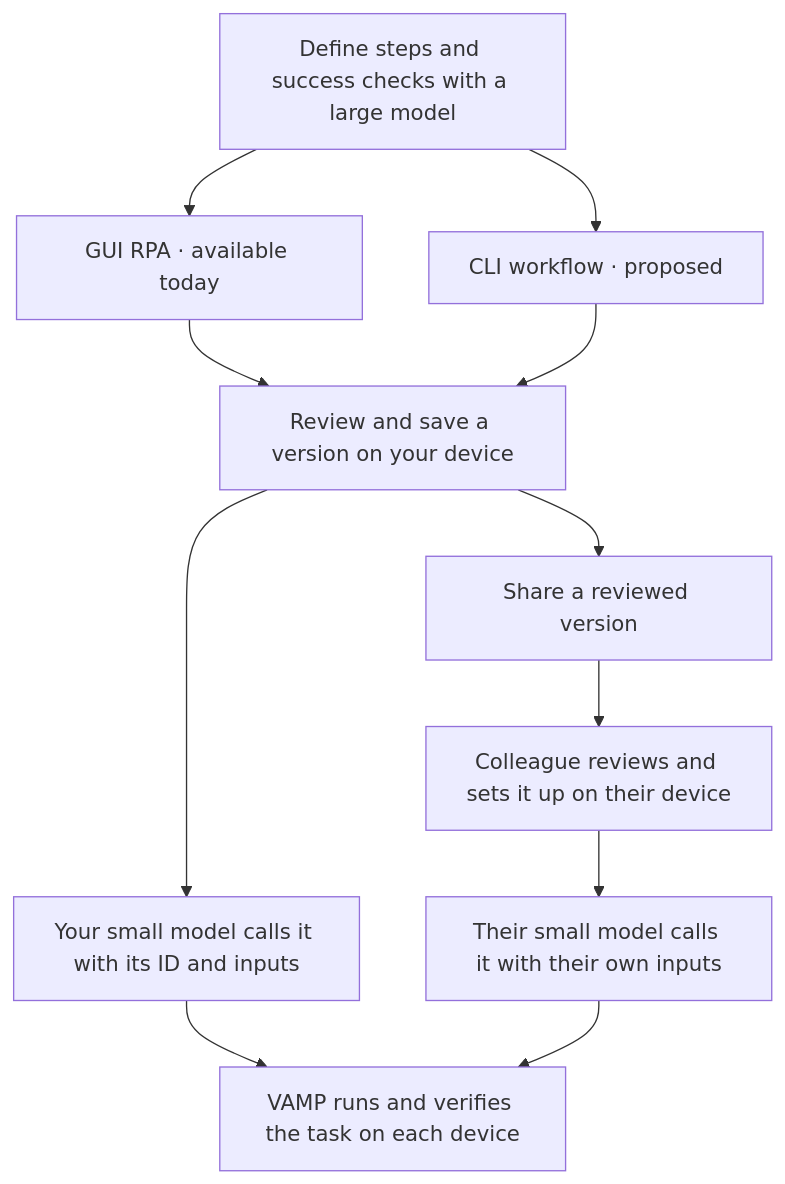
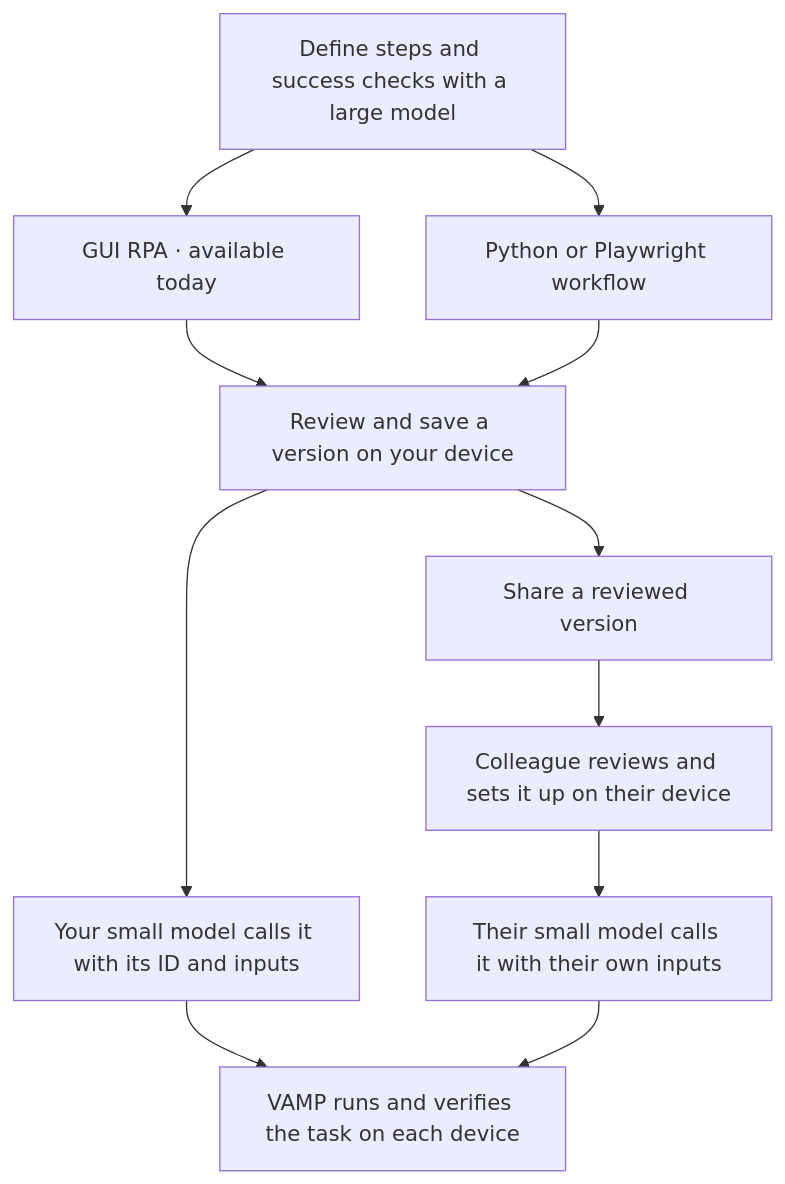
Before and after one commit to wayfarer6/vamp-mcp: the first of 2 diagrams in README.md, drawn with Mermaid. The commit also changed other lines of this file and 18 other files, not shown here.

````diff
--- a/README.md
+++ b/README.md
@@ -43,13 +43,13 @@
 ```mermaid
 flowchart TD
     A["Define steps and success checks with a large model"] --> G["GUI RPA · available today"]
-    A --> C["CLI workflow · proposed"]
+    A --> C["Python or Playwright workflow"]
     G --> L["Review and save a version on your device"]
     C --> L
     L --> M["Your small model calls it with its ID and inputs"]
     L --> P["Share a reviewed version"]
     P --> T["Colleague reviews and sets it up on their device"]
     T --> N["Their small model calls it with their own inputs"]
     M --> R["VAMP runs and verifies the task on each device"]
     N --> R
 ```
````
